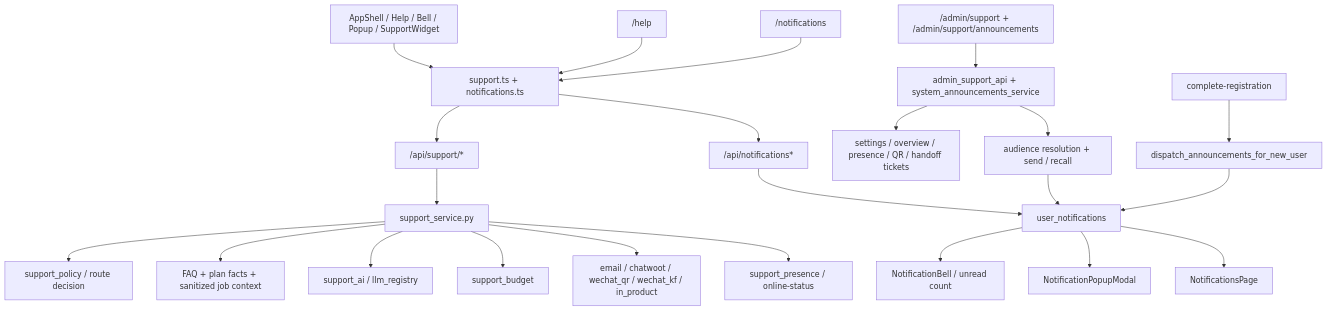
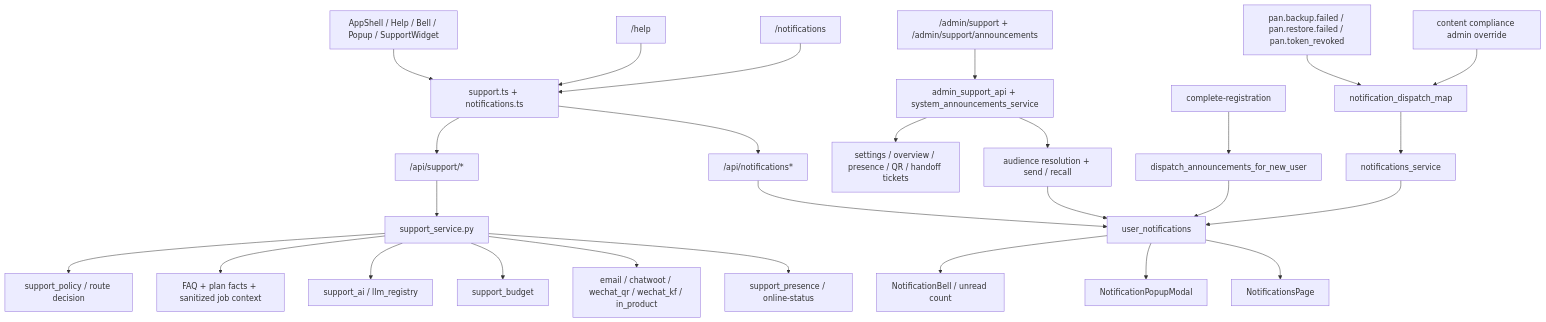
The diagram in docs/graphs/GITNEXUS_SUPPORT_NOTIFICATIONS_GRAPH.md (sun9bear/AITransVideo), drawn with Mermaid before and after one commit. The commit also changed other lines of this file and 14 other files, not shown here.

Commit message:
docs(graphs): refresh GitNexus project maps

````diff
--- a/docs/graphs/GITNEXUS_SUPPORT_NOTIFICATIONS_GRAPH.md
+++ b/docs/graphs/GITNEXUS_SUPPORT_NOTIFICATIONS_GRAPH.md
@@ -17,30 +19,35 @@
 ```mermaid
 graph TD
     AppShell["AppShell / Help / Bell / Popup / SupportWidget"] --> FrontApi["support.ts + notifications.ts"]
     HelpPage["/help"] --> FrontApi
     NotificationsPage["/notifications"] --> FrontApi
 
     FrontApi --> SupportAPI["/api/support/*"]
     FrontApi --> NotifAPI["/api/notifications*"]
 
     SupportAPI --> SupportSvc["support_service.py"]
     SupportSvc --> Policy["support_policy / route decision"]
     SupportSvc --> Knowledge["FAQ + plan facts + sanitized job context"]
     SupportSvc --> AI["support_ai / llm_registry"]
     SupportSvc --> Budget["support_budget"]
     SupportSvc --> Handoff["email / chatwoot / wechat_qr / wechat_kf / in_product"]
     SupportSvc --> Presence["support_presence / online-status"]
 
     AdminSupport["/admin/support + /admin/support/announcements"] --> AdminRouters["admin_support_api + system_announcements_service"]
     AdminRouters --> SupportSettings["settings / overview / presence / QR / handoff tickets"]
     AdminRouters --> Announcements["audience resolution + send / recall"]
 
     NotifAPI --> UserNotif["user_notifications"]
     Announcements --> UserNotif
     AuthPhone["complete-registration"] --> LiveDispatch["dispatch_announcements_for_new_user"]
     LiveDispatch --> UserNotif
 
+    PanEvents["pan.backup.failed / pan.restore.failed / pan.token_revoked"] --> DispatchMap["notification_dispatch_map"]
+    ComplianceEvent["content compliance admin override"] --> DispatchMap
+    DispatchMap --> NotifSvc["notifications_service"]
+    NotifSvc --> UserNotif
+
     UserNotif --> Bell["NotificationBell / unread count"]
     UserNotif --> Popup["NotificationPopupModal"]
     UserNotif --> Feed["NotificationsPage"]
 ```
````
